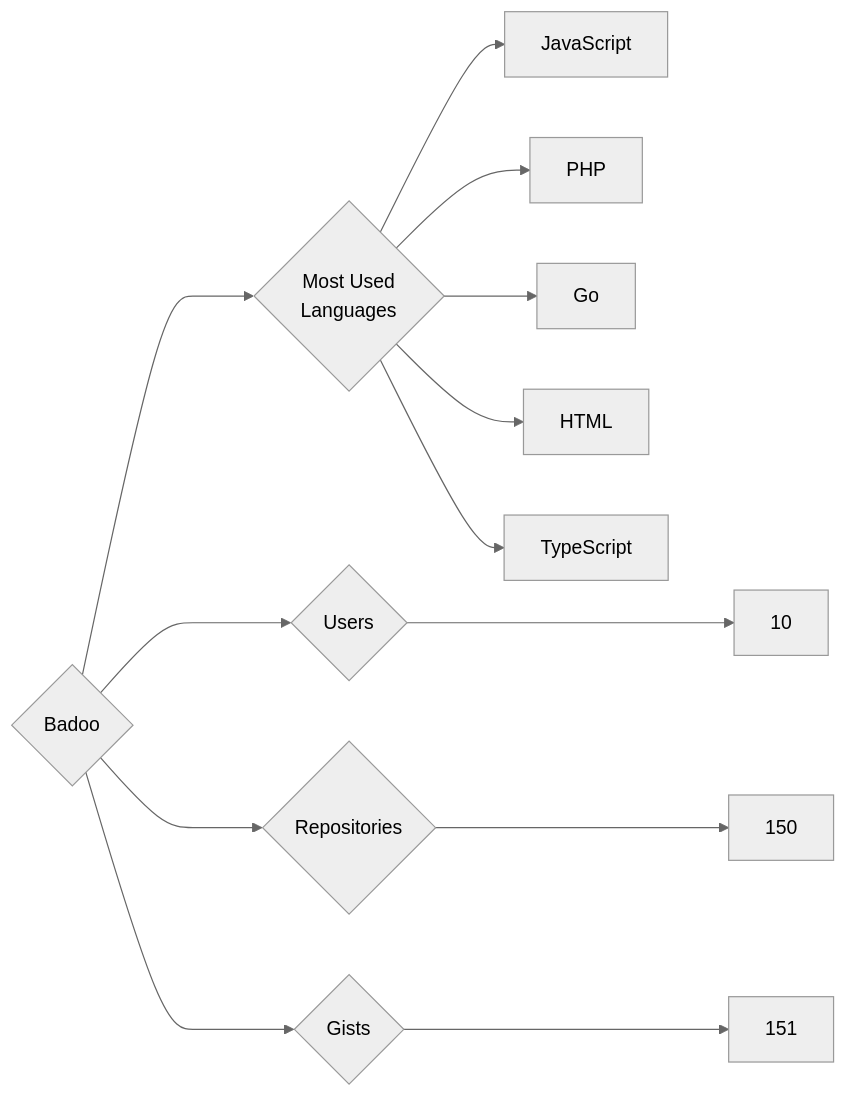
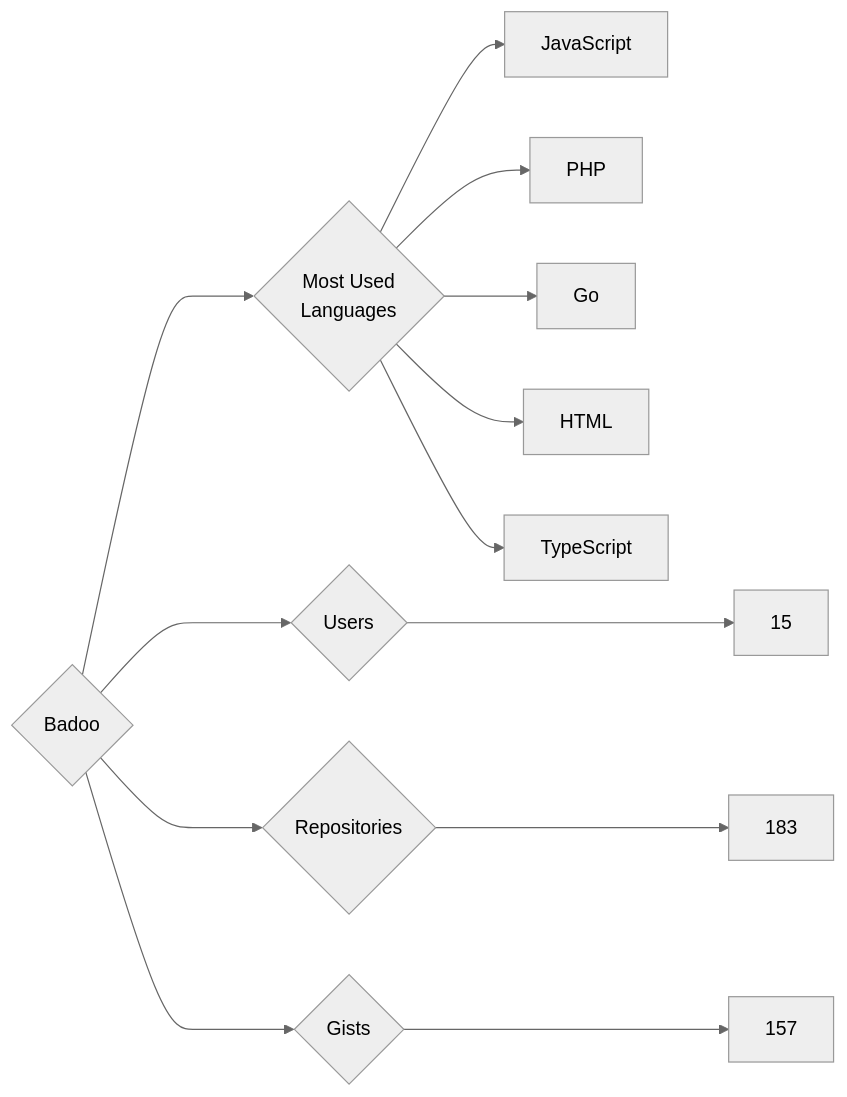
Before and after one commit to trickest/insiders: the diagram in targets/Badoo/README.md, drawn with Mermaid (neutral theme). The commit also changed 633 other files, not shown here.

````diff
--- a/targets/Badoo/README.md
+++ b/targets/Badoo/README.md
@@ -3,13 +3,13 @@
 ```mermaid
 graph LR
 COMPANY_NAME{Badoo}
-COMPANY_NAME ---> U{Users} ---> UN[10]
-COMPANY_NAME ---> R{Repositories} ---> RN[150]
-COMPANY_NAME ---> G{Gists} ---> GN[151]
+COMPANY_NAME ---> U{Users} ---> UN[15]
+COMPANY_NAME ---> R{Repositories} ---> RN[183]
+COMPANY_NAME ---> G{Gists} ---> GN[157]
 COMPANY_NAME ---> ML{Most Used<br>Languages}
 ML --> JavaScript[JavaScript]
 ML --> PHP[PHP]
 ML --> Go[Go]
 ML --> HTML[HTML]
 ML --> TypeScript[TypeScript]
 ```
````
